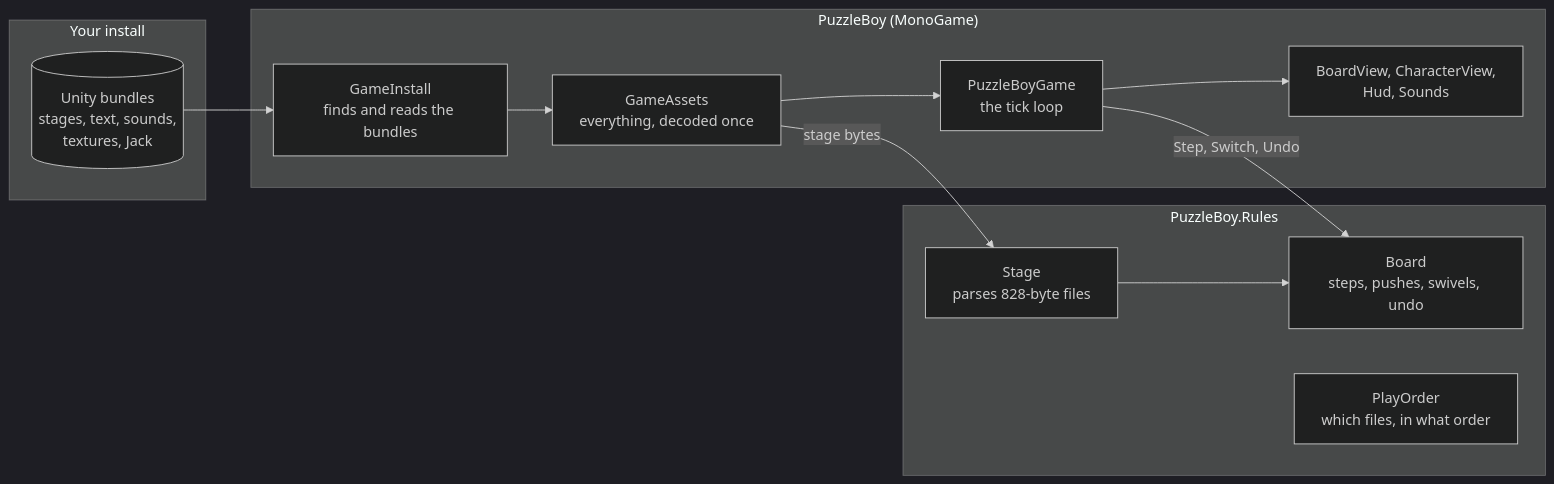
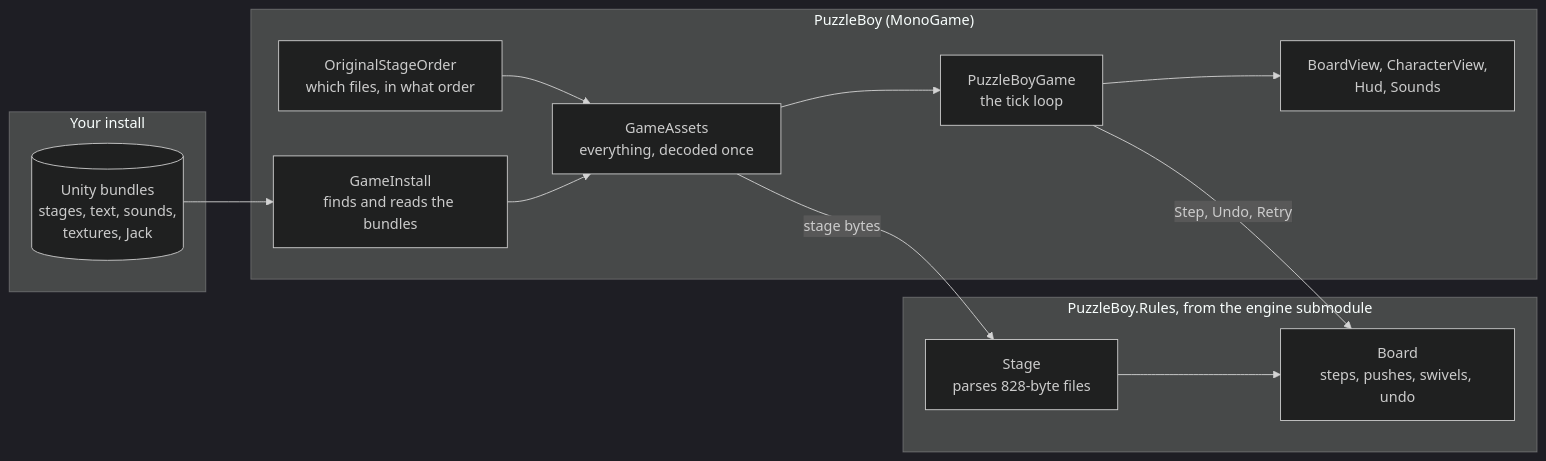
Before and after one commit to hazeliscoding/puzzle-boy: the first of 2 diagrams in docs/architecture.md, drawn with Mermaid (dark theme). The commit also changed other lines of this file and 9 other files, not shown here.

````diff
--- a/docs/architecture.md
+++ b/docs/architecture.md
@@ -10,18 +10,18 @@
 ```mermaid
 flowchart LR
     subgraph install["Your install"]
         bundles[("Unity bundles<br>stages, text, sounds,<br>textures, Jack")]
     end
     subgraph app["PuzzleBoy (MonoGame)"]
+        order["OriginalStageOrder<br>which files, in what order"] --> ga
         gi["GameInstall<br>finds and reads the bundles"] --> ga["GameAssets<br>everything, decoded once"]
         ga --> loop["PuzzleBoyGame<br>the tick loop"]
         loop --> views["BoardView, CharacterView,<br>Hud, Sounds"]
     end
-    subgraph rules["PuzzleBoy.Rules"]
+    subgraph rules["PuzzleBoy.Rules, from the engine submodule"]
         stage["Stage<br>parses 828-byte files"] --> board["Board<br>steps, pushes, swivels, undo"]
-        order["PlayOrder<br>which files, in what order"]
     end
     bundles --> gi
     ga -- "stage bytes" --> stage
-    loop -- "Step, Switch, Undo" --> board
+    loop -- "Step, Undo, Retry" --> board
 ```
````
